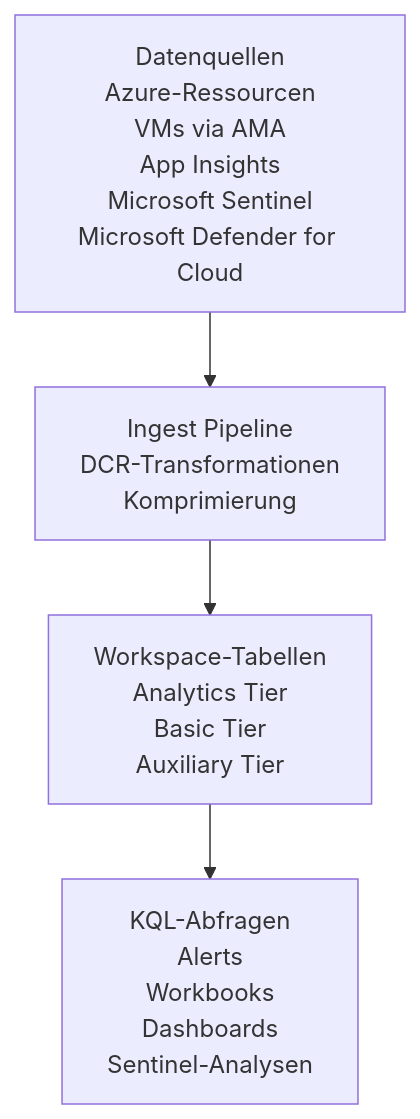
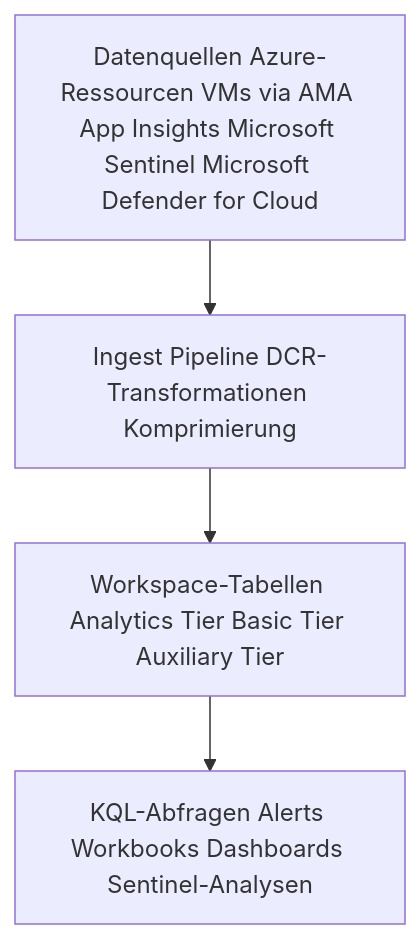
The first of 3 diagrams in Microsoft 365/Azure/Monitor und Management/Log Analytics Workspace.md (SoniiiT/notes-n-docs), drawn with Mermaid before and after one commit. The commit also changed other lines of this file and 124 other files, not shown here.

First line of the commit message:
fix: Entferne \n aus allen Mermaid-Diagrammen (125 Dateien)

````diff
--- a/Microsoft 365/Azure/Monitor und Management/Log Analytics Workspace.md
+++ b/Microsoft 365/Azure/Monitor und Management/Log Analytics Workspace.md
@@ -29,11 +29,11 @@
 ```mermaid
 graph TD
-    Input["Datenquellen\nAzure-Ressourcen\nVMs via AMA\nApp Insights\nMicrosoft Sentinel\nMicrosoft Defender for Cloud"]
-    Ingest["Ingest Pipeline\nDCR-Transformationen\nKomprimierung"]
-    Tables["Workspace-Tabellen\nAnalytics Tier\nBasic Tier\nAuxiliary Tier"]
-    Query["KQL-Abfragen\nAlerts\nWorkbooks\nDashboards\nSentinel-Analysen"]
+    Input["Datenquellen Azure-Ressourcen VMs via AMA App Insights Microsoft Sentinel Microsoft Defender for Cloud"]
+    Ingest["Ingest Pipeline DCR-Transformationen Komprimierung"]
+    Tables["Workspace-Tabellen Analytics Tier Basic Tier Auxiliary Tier"]
+    Query["KQL-Abfragen Alerts Workbooks Dashboards Sentinel-Analysen"]
 
     Input --> Ingest
     Ingest --> Tables
     Tables --> Query
 ```
````
